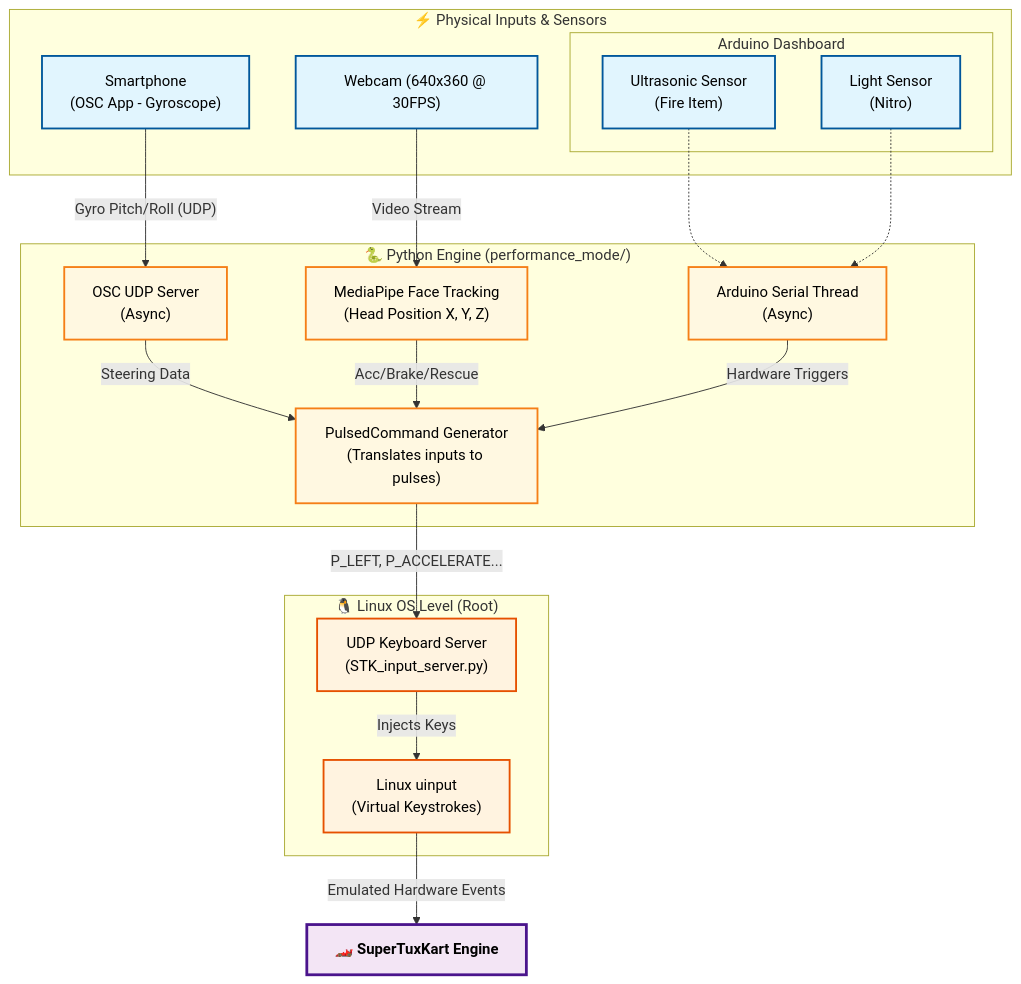
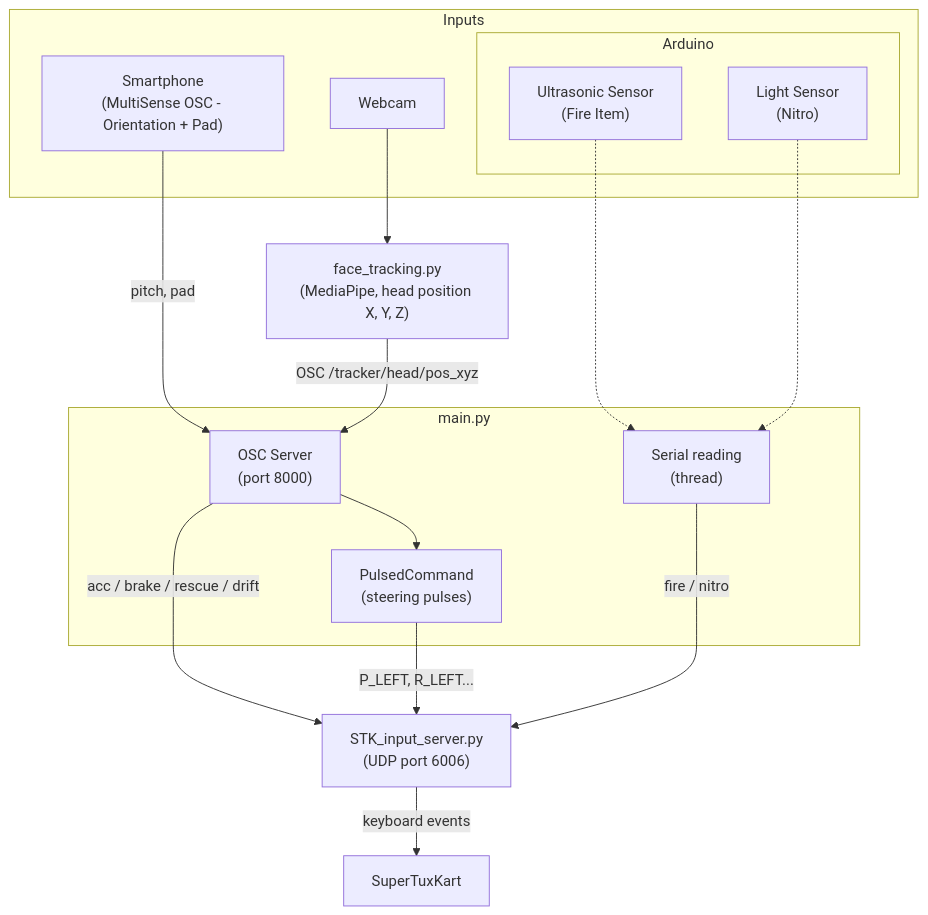
One commit to Lucas-P-Souza/STK_controller changed the first of 2 diagrams in README.md. Above: the diagram before and after it, drawn with Mermaid. The commit also changed other lines of this file, not shown here.

````diff
--- a/README.md
+++ b/README.md
@@ -21,52 +26,34 @@
 ```mermaid
 flowchart TD
-    %% Physical Inputs
-    subgraph Inputs ["⚡ Physical Inputs & Sensors"]
-        Phone["Smartphone\n(OSC App - Gyroscope)"]
-        Cam["Webcam (640x360 @ 30FPS)"]
-        subgraph Ard ["Arduino Dashboard"]
+    subgraph Inputs ["Inputs"]
+        Phone["Smartphone\n(MultiSense OSC - Orientation + Pad)"]
+        Cam["Webcam"]
+        subgraph Ard ["Arduino"]
             Ultra["Ultrasonic Sensor\n(Fire Item)"]
             Lux["Light Sensor\n(Nitro)"]
         end
     end
 
-    %% Python Processing Engine
-    subgraph Engine ["🐍 Python Engine (performance_mode/)"]
-        Vision["MediaPipe Face Tracking\n(Head Position X, Y, Z)"]
-        OSCServer["OSC UDP Server\n(Async)"]
-        ArduinoClient["Arduino Serial Thread\n(Async)"]
-        Logic["PulsedCommand Generator\n(Translates inputs to pulses)"]
+    Tracking["face_tracking.py\n(MediaPipe, head position X, Y, Z)"]
+
+    subgraph Engine ["main.py"]
+        OSCServer["OSC Server\n(port 8000)"]
+        ArduinoClient["Serial reading\n(thread)"]
+        Logic["PulsedCommand\n(steering pulses)"]
     end
 
-    %% OS and Game
-    subgraph OS ["🐧 Linux OS Level (Root)"]
-        UDP["UDP Keyboard Server\n(STK_input_server.py)"]
-        UInput["Linux uinput\n(Virtual Keystrokes)"]
-    end
-    
-    Game["🏎️ SuperTuxKart Engine"]
+    UDP["STK_input_server.py\n(UDP port 6006)"]
+    Game["SuperTuxKart"]
 
-    %% Connections
-    Phone -->|"Gyro Pitch/Roll (UDP)"| OSCServer
-    Cam -->|"Video Stream"| Vision
+    Phone -->|"pitch, pad"| OSCServer
+    Cam --> Tracking
+    Tracking -->|"OSC /tracker/head/pos_xyz"| OSCServer
     Ultra -.-> ArduinoClient
     Lux -.-> ArduinoClient
-    
-    OSCServer -->|"Steering Data"| Logic
-    Vision -->|"Acc/Brake/Rescue"| Logic
-    ArduinoClient -->|"Hardware Triggers"| Logic
-    
-    Logic -->|"P_LEFT, P_ACCELERATE..."| UDP
-    UDP -->|"Injects Keys"| UInput
-    UInput -->|"Emulated Hardware Events"| Game
 
-    classDef hardware fill:#e1f5fe,stroke:#01579b,stroke-width:2px,color:#000;
-    classDef software fill:#fff8e1,stroke:#f57f17,stroke-width:2px,color:#000;
-    classDef os fill:#fff3e0,stroke:#e65100,stroke-width:2px,color:#000;
-    classDef game fill:#f3e5f5,stroke:#4a148c,stroke-width:3px,color:#000,font-weight:bold;
-
-    class Phone,Cam,Ultra,Lux hardware;
-    class Vision,OSCServer,ArduinoClient,Logic software;
-    class UDP,UInput os;
-    class Game game;
+    OSCServer --> Logic
+    OSCServer -->|"acc / brake / rescue / drift"| UDP
+    Logic -->|"P_LEFT, R_LEFT..."| UDP
+    ArduinoClient -->|"fire / nitro"| UDP
+    UDP -->|"keyboard events"| Game
 ```
````
